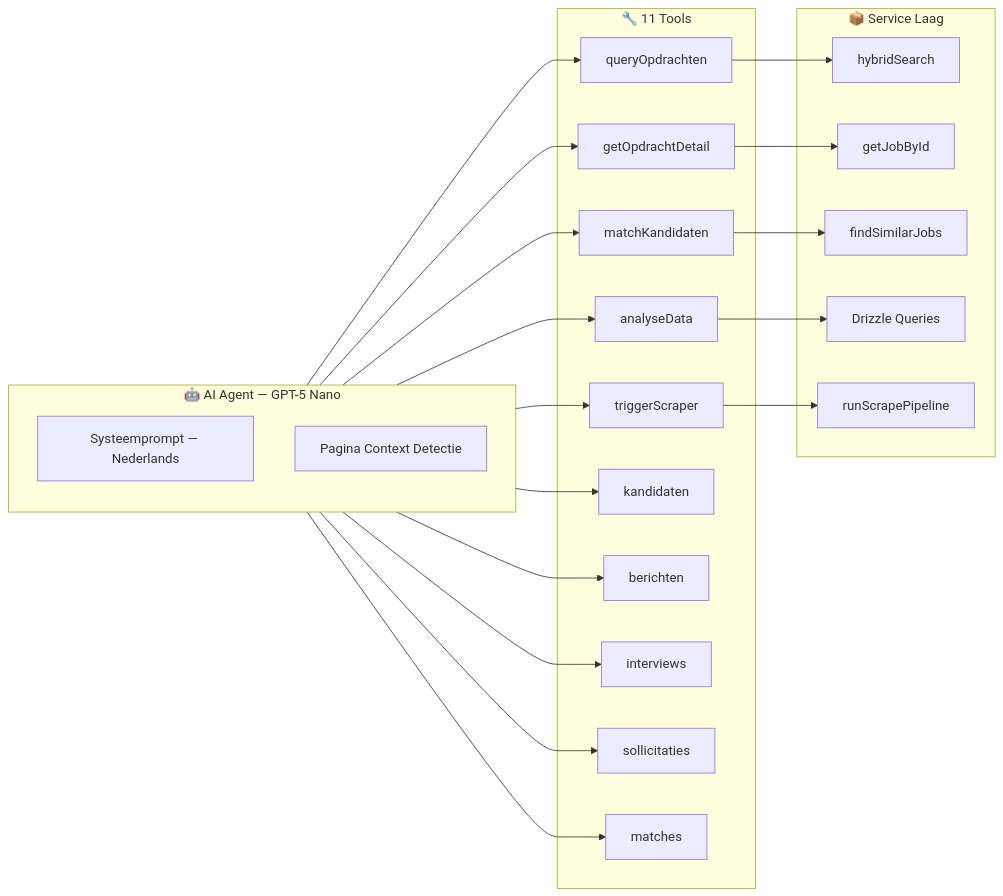
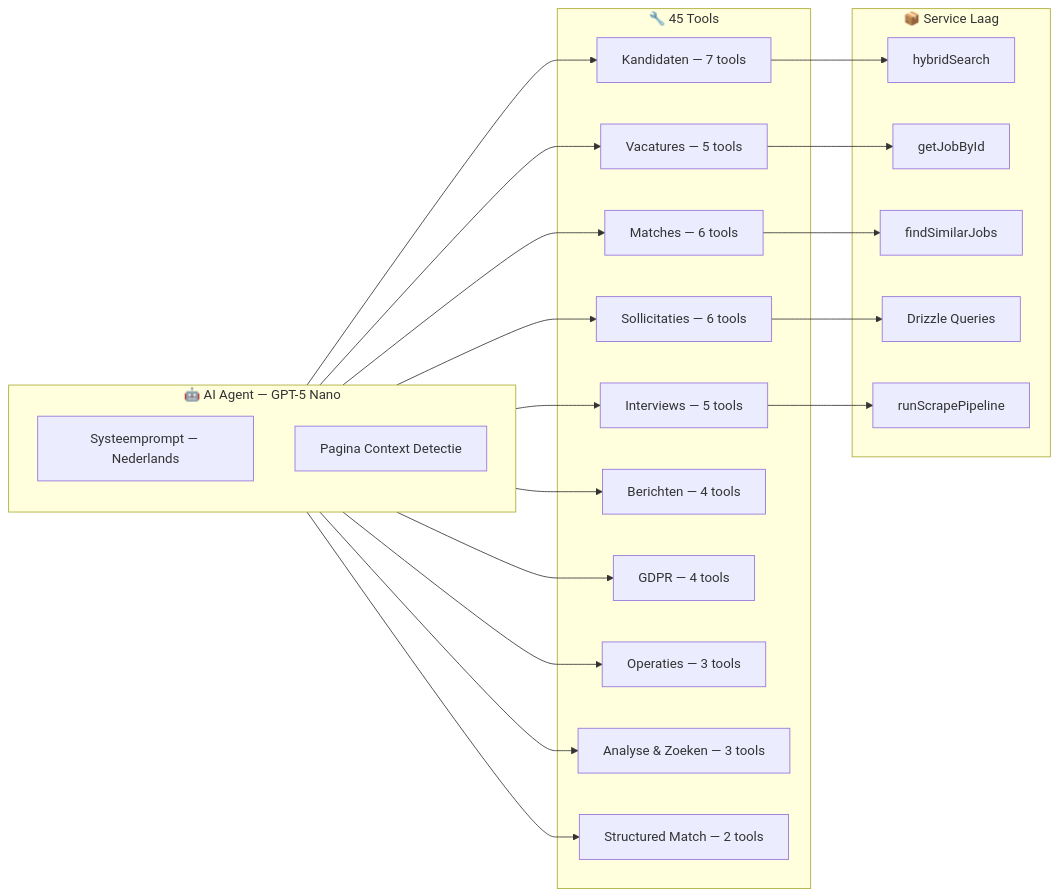
One commit to RyanLisse/motian changed the third of 11 diagrams in README.md. Above: the diagram before and after it, drawn with Mermaid. The commit also changed other lines of this file and 25 other files, not shown here.

````diff
--- a/README.md
+++ b/README.md
@@ -149,39 +149,39 @@
 ```mermaid
 graph LR
     subgraph Agent["🤖 AI Agent — GPT-5 Nano"]
         SYS[Systeemprompt — Nederlands]
         CTX[Pagina Context Detectie]
     end
 
-    subgraph Tools["🔧 11 Tools"]
-        T1[queryOpdrachten]
-        T2[getOpdrachtDetail]
-        T3[matchKandidaten]
-        T4[analyseData]
-        T5[triggerScraper]
-        T6[kandidaten]
-        T7[berichten]
-        T8[interviews]
-        T9[sollicitaties]
-        T10[matches]
+    subgraph Tools["🔧 45 Tools"]
+        T1[Kandidaten — 7 tools]
+        T2[Vacatures — 5 tools]
+        T3[Matches — 6 tools]
+        T4[Sollicitaties — 6 tools]
+        T5[Interviews — 5 tools]
+        T6[Berichten — 4 tools]
+        T7[GDPR — 4 tools]
+        T8[Operaties — 3 tools]
+        T9[Analyse & Zoeken — 3 tools]
+        T10[Structured Match — 2 tools]
     end
 
     subgraph Diensten["📦 Service Laag"]
         S1[hybridSearch]
         S2[getJobById]
         S3[findSimilarJobs]
         S4[Drizzle Queries]
         S5[runScrapePipeline]
     end
 
     Agent --> T1 --> S1
     Agent --> T2 --> S2
     Agent --> T3 --> S3
     Agent --> T4 --> S4
     Agent --> T5 --> S5
     Agent --> T6
     Agent --> T7
     Agent --> T8
     Agent --> T9
     Agent --> T10
 ```
````
